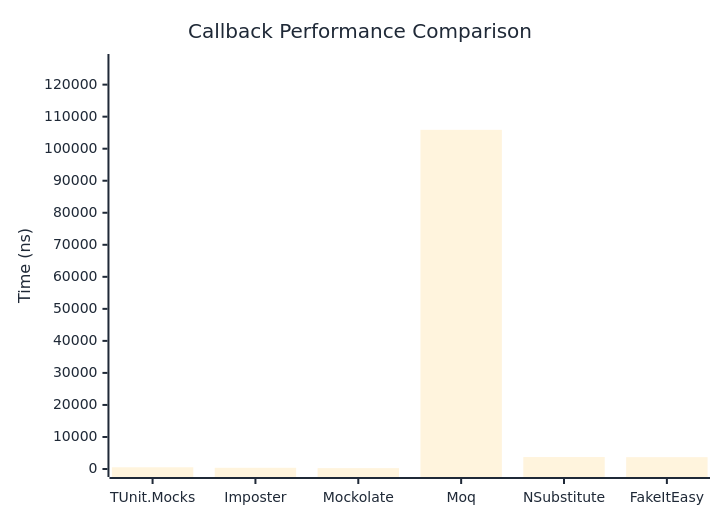
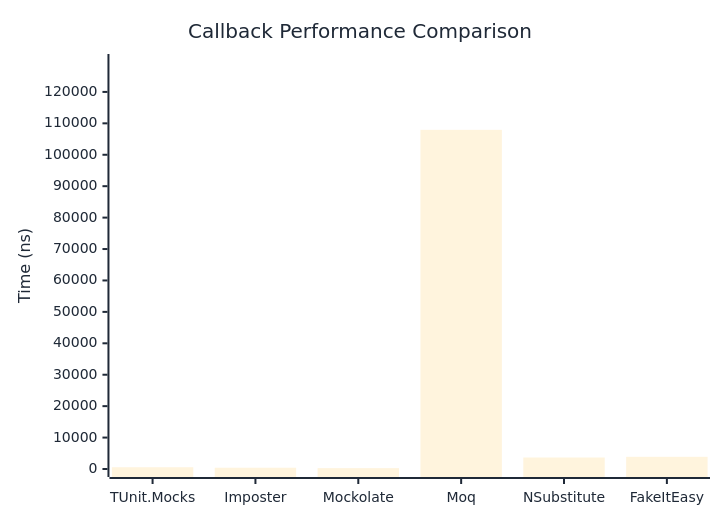
Before and after one commit to thomhurst/TUnit: the first of 2 diagrams in docs/docs/benchmarks/mocks/Callback.md, drawn with Mermaid. The commit also changed other lines of this file and 14 other files, not shown here.

````diff
--- a/docs/docs/benchmarks/mocks/Callback.md
+++ b/docs/docs/benchmarks/mocks/Callback.md
@@ -30,27 +30,27 @@
 ```mermaid
 %%{init: {
   'theme':'base',
   'themeVariables': {
     'primaryColor': '#2563eb',
     'primaryTextColor': '#1f2937',
     'primaryBorderColor': '#1e40af',
     'lineColor': '#6b7280',
     'secondaryColor': '#7c3aed',
     'tertiaryColor': '#dc2626',
     'background': '#ffffff',
     'pie1': '#2563eb',
     'pie2': '#7c3aed',
     'pie3': '#dc2626',
     'pie4': '#f59e0b',
     'pie5': '#10b981',
     'pie6': '#06b6d4',
     'pie7': '#ec4899',
     'pie8': '#6366f1'
   }
 }}%%
 xychart-beta
   title "Callback Performance Comparison"
   x-axis ["TUnit.Mocks", "Imposter", "Mockolate", "Moq", "NSubstitute", "FakeItEasy"]
-  y-axis "Time (ns)" 0 --> 127068
-  bar [537.1, 377.4, 271.2, 105889.4, 3729.2, 3697.6]
+  y-axis "Time (ns)" 0 --> 129520
+  bar [558, 403.4, 272.3, 107933.1, 3654.8, 3881.4]
 ```
````
